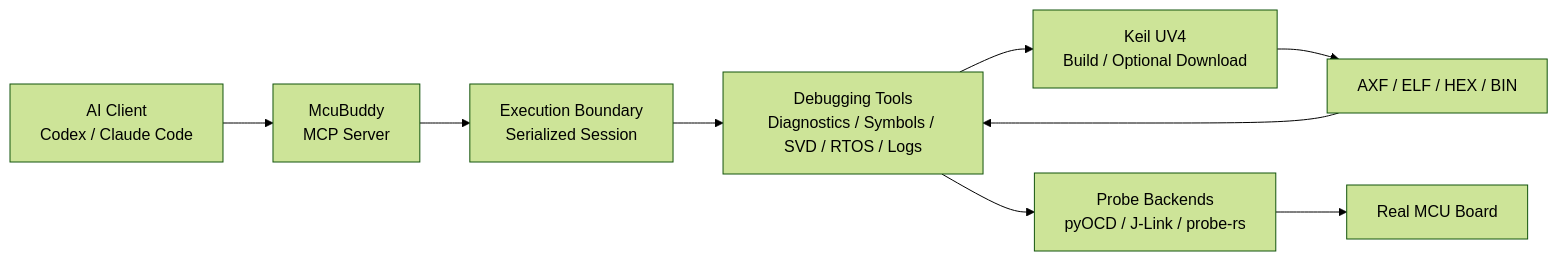
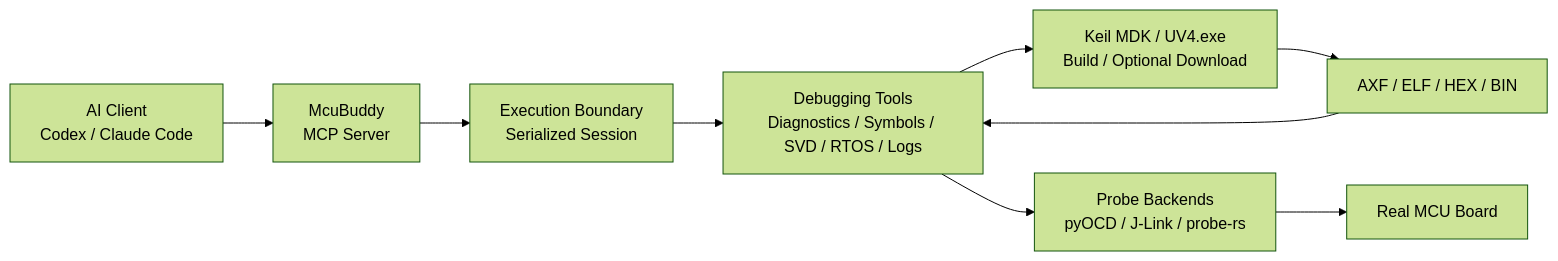
Before and after one commit to cunjun/McuBuddy: the diagram in README.md, drawn with Mermaid (forest theme). The commit also changed other lines of this file and 1 other file, not shown here.

````diff
--- a/README.md
+++ b/README.md
@@ -63,11 +51,11 @@
 ```mermaid
 flowchart LR
     AI["AI Client<br/>Codex / Claude Code"] --> MCP["McuBuddy<br/>MCP Server"]
     MCP --> EB["Execution Boundary<br/>Serialized Session"]
     EB --> TOOLS["Debugging Tools<br/>Diagnostics / Symbols / SVD / RTOS / Logs"]
-    TOOLS --> KEIL["Keil UV4<br/>Build / Optional Download"]
+    TOOLS --> KEIL["Keil MDK / UV4.exe<br/>Build / Optional Download"]
     TOOLS --> PROBE["Probe Backends<br/>pyOCD / J-Link / probe-rs"]
     KEIL --> IMAGE["AXF / ELF / HEX / BIN"]
     IMAGE --> TOOLS
     PROBE --> BOARD["Real MCU Board"]
 ```
````
